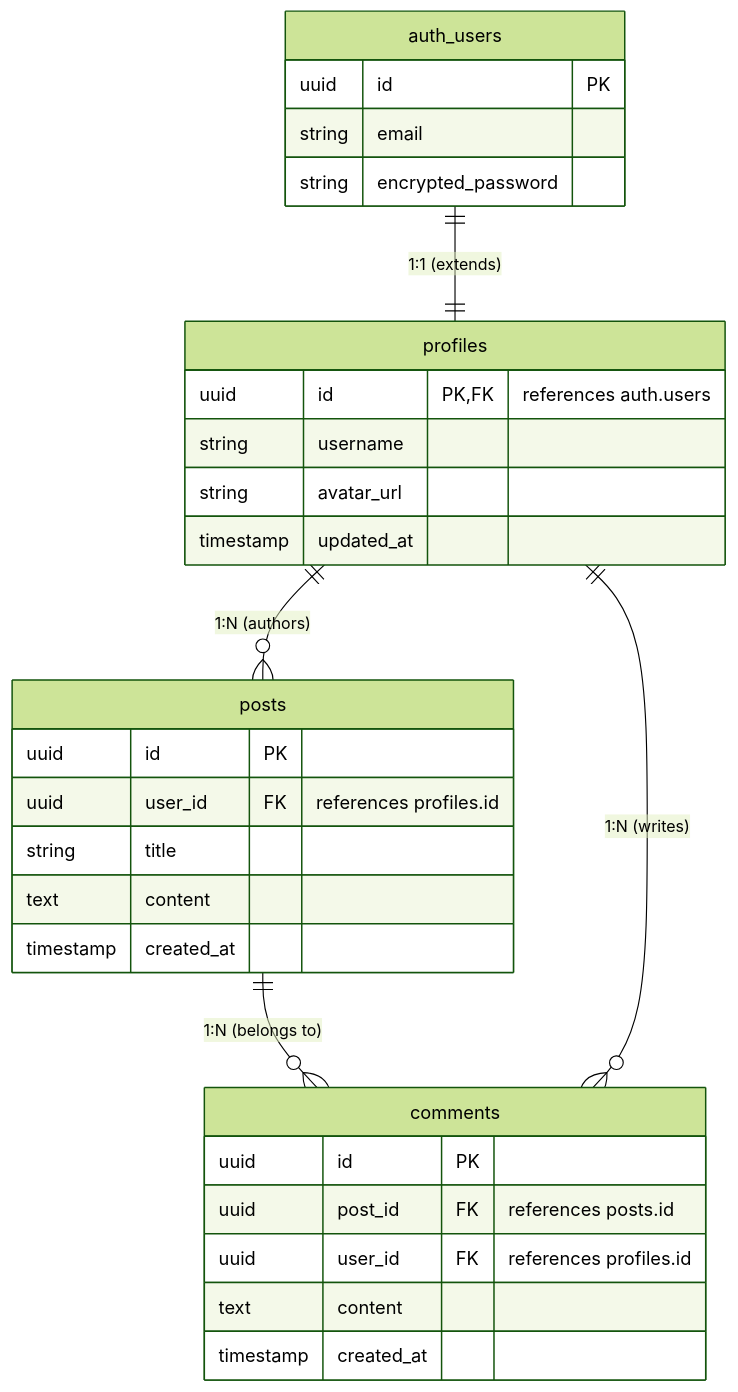
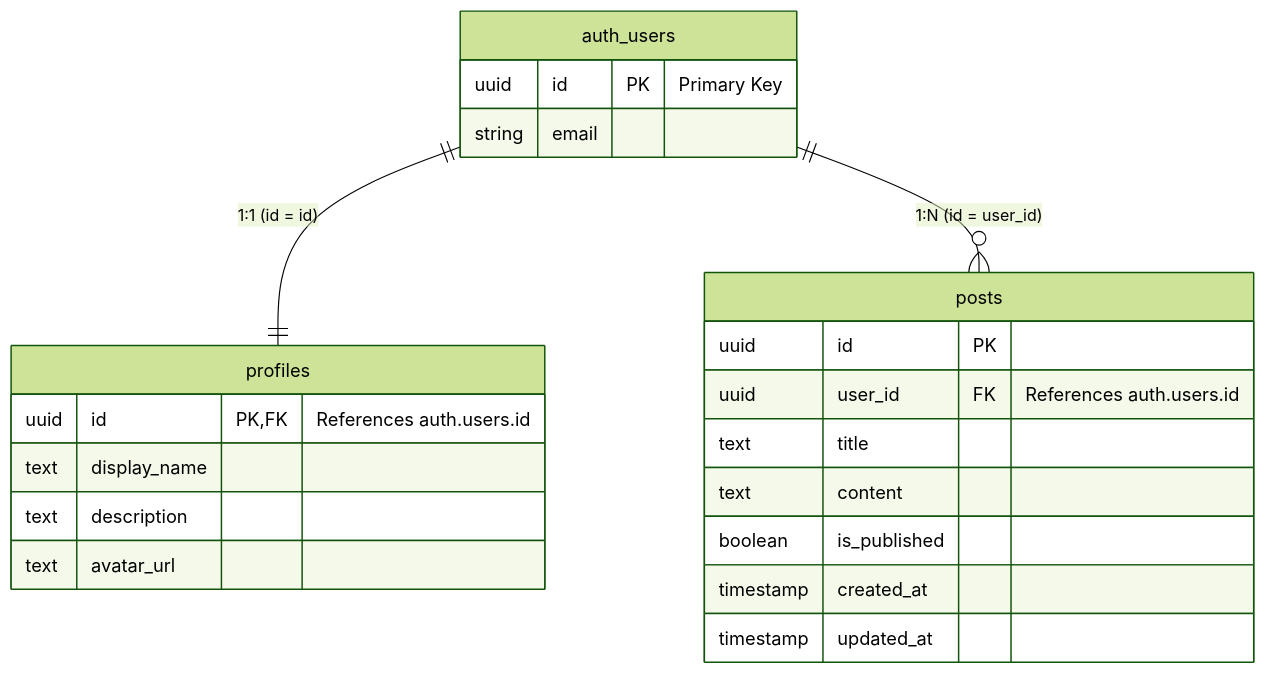
Before and after one commit to la-lala8701/my-blog: the second of 2 diagrams in README.md, drawn with Mermaid (forest theme).

Commit message:
🩹ER図修正

````diff
--- a/README.md
+++ b/README.md
@@ -73,36 +73,27 @@
 ``` mermaid
 erDiagram
-    auth_users ||--|| profiles : "1:1 (extends)"
-    profiles ||--o{ posts : "1:N (authors)"
-    posts ||--o{ comments : "1:N (belongs to)"
-    profiles ||--o{ comments : "1:N (writes)"
+    auth_users ||--|| profiles : "1:1 (id = id)"
+    auth_users ||--o{ posts : "1:N (id = user_id)"
 
     auth_users {
-        uuid id PK
+        uuid id PK "Primary Key"
         string email
-        string encrypted_password
     }
 
     profiles {
-        uuid id PK, FK "references auth.users"
-        string username
-        string avatar_url
-        timestamp updated_at
+        uuid id PK, FK "References auth.users.id"
+        text display_name
+        text description
+        text avatar_url
     }
 
     posts {
         uuid id PK
-        uuid user_id FK "references profiles.id"
-        string title
+        uuid user_id FK "References auth.users.id"
+        text title
         text content
+        boolean is_published
         timestamp created_at
-    }
-
-    comments {
-        uuid id PK
-        uuid post_id FK "references posts.id"
-        uuid user_id FK "references profiles.id"
-        text content
-        timestamp created_at
+        timestamp updated_at
     }
 ```
````
